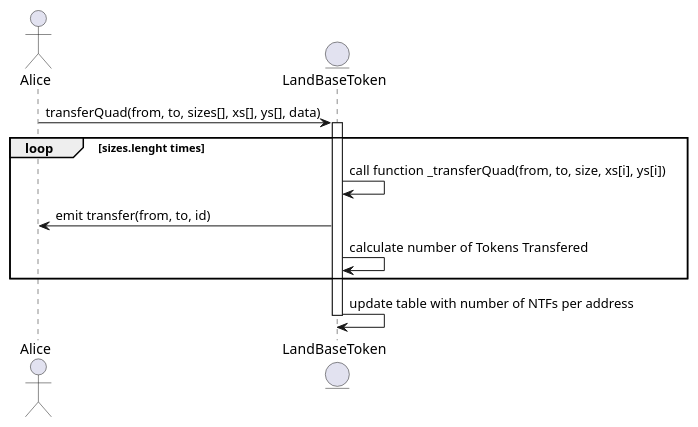
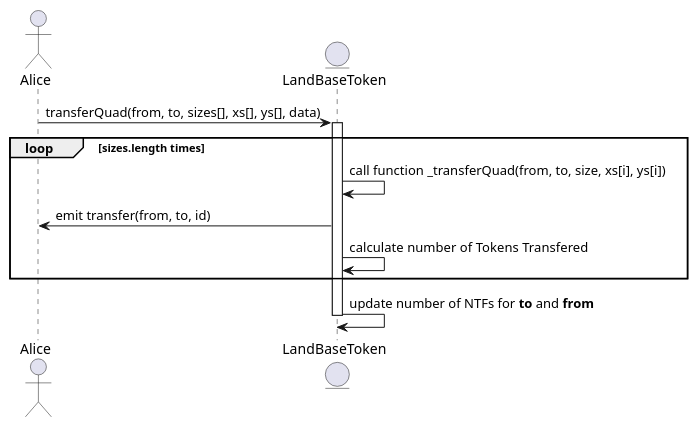
Before and after one commit to thesandboxgame/sandbox-smart-contracts: the fourth of 4 diagrams in docs/topics/land/land.md, drawn with PlantUML. The commit also changed other lines of this file and 1 other file, not shown here.

````diff
--- a/docs/topics/land/land.md
+++ b/docs/topics/land/land.md
@@ -346,14 +342,14 @@
 ```plantuml
 actor Alice
 entity LandBaseToken
 Alice -> LandBaseToken: transferQuad(from, to, sizes[], xs[], ys[], data)
 activate LandBaseToken
 
-loop sizes.lenght times
+loop sizes.length times
     LandBaseToken -> LandBaseToken: call function _transferQuad(from, to, size, xs[i], ys[i])
     LandBaseToken -> Alice: emit transfer(from, to, id)
     LandBaseToken -> LandBaseToken: calculate number of Tokens Transfered
 end
-    LandBaseToken -> LandBaseToken: update table with number of NTFs per address
+    LandBaseToken -> LandBaseToken: update number of NTFs for **to** and **from**
 deactivate LandBaseToken
 ```
````
